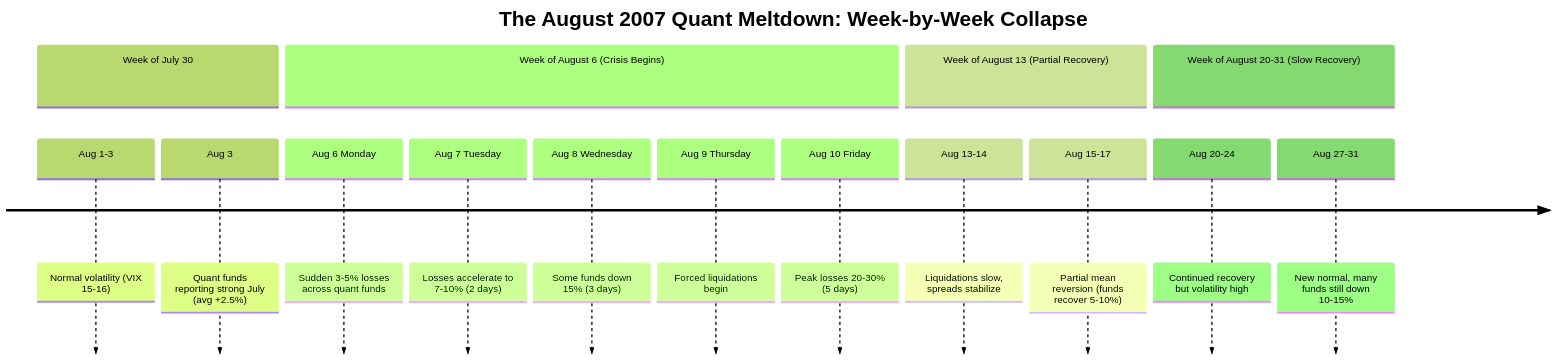
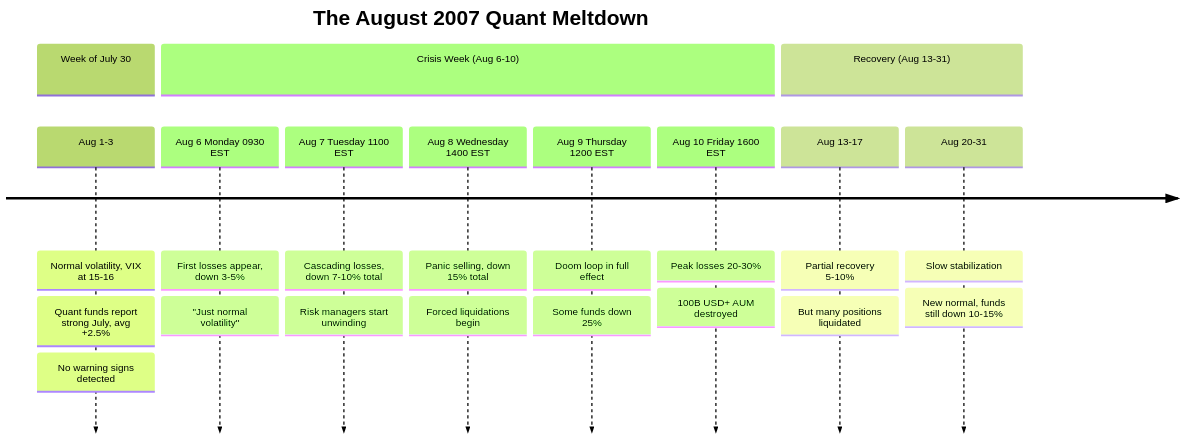
The first of 9 diagrams in docs/book/11_pairs_trading.md (openSVM/osvm-cli), drawn with Mermaid (forest theme) before and after one commit. The commit also changed other lines of this file, not shown here.

First line of the commit message:
docs(book): Begin Chapter 11 disaster-driven expansion (partial)

````diff
--- a/docs/book/11_pairs_trading.md
+++ b/docs/book/11_pairs_trading.md
@@ -68,19 +9,24 @@
 ```mermaid
 timeline
-    title The August 2007 Quant Meltdown: Week-by-Week Collapse
+    title The August 2007 Quant Meltdown
     section Week of July 30
-        Aug 1-3: Normal volatility (VIX 15-16)
-        Aug 3: Quant funds reporting strong July (avg +2.5%)
-    section Week of August 6 (Crisis Begins)
-        Aug 6 Monday: Sudden 3-5% losses across quant funds
-        Aug 7 Tuesday: Losses accelerate to 7-10% (2 days)
-        Aug 8 Wednesday: Some funds down 15% (3 days)
-        Aug 9 Thursday: Forced liquidations begin
-        Aug 10 Friday: Peak losses 20-30% (5 days)
-    section Week of August 13 (Partial Recovery)
-        Aug 13-14: Liquidations slow, spreads stabilize
-        Aug 15-17: Partial mean reversion (funds recover 5-10%)
-    section Week of August 20-31 (Slow Recovery)
-        Aug 20-24: Continued recovery but volatility high
-        Aug 27-31: New normal, many funds still down 10-15%
+        Aug 1-3 : Normal volatility, VIX at 15-16
+                : Quant funds report strong July, avg +2.5%
+                : No warning signs detected
+    section Crisis Week (Aug 6-10)
+        Aug 6 Monday 0930 EST : First losses appear, down 3-5%
+                              : "Just normal volatility"
+        Aug 7 Tuesday 1100 EST : Cascading losses, down 7-10% total
+                               : Risk managers start unwinding
+        Aug 8 Wednesday 1400 EST : Panic selling, down 15% total
+                                  : Forced liquidations begin
+        Aug 9 Thursday 1200 EST : Doom loop in full effect
+                                : Some funds down 25%
+        Aug 10 Friday 1600 EST : Peak losses 20-30%
+                               : 100B USD+ AUM destroyed
+    section Recovery (Aug 13-31)
+        Aug 13-17 : Partial recovery 5-10%
+                  : But many positions liquidated
+        Aug 20-31 : Slow stabilization
+                  : New normal, funds still down 10-15%
 ```
````
